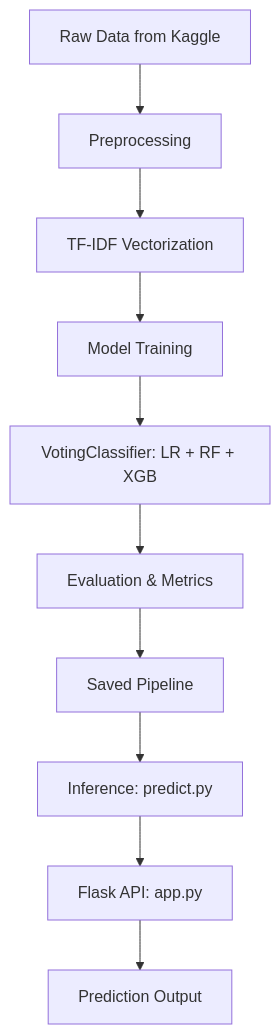
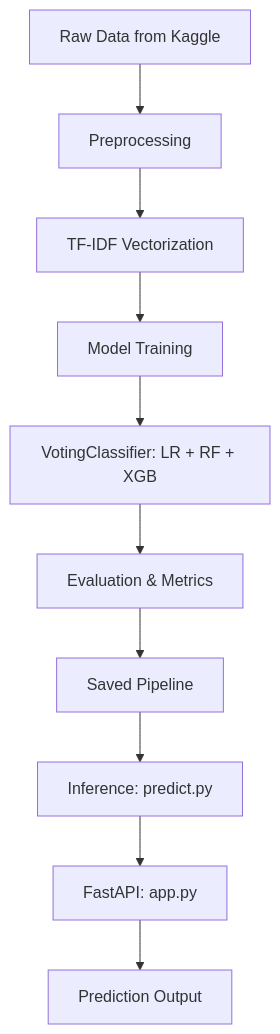
One commit to cont1n3nt/ai-phishing-detector changed the diagram in README.md. Above: the diagram before and after it, drawn with Mermaid. The commit also changed other lines of this file and 11 other files, not shown here.

Commit message:
feat: delete unused, refactor Flask to FastAPI, rewrite tests for FastAPI. Update requirements

````diff
--- a/README.md
+++ b/README.md
@@ -87,12 +85,12 @@
 ```mermaid
 graph TD
     A[Raw Data from Kaggle] --> B[Preprocessing]
     B --> C[TF-IDF Vectorization]
     C --> D[Model Training]
     D --> E[VotingClassifier: LR + RF + XGB]
     E --> F[Evaluation & Metrics]
     F --> G[Saved Pipeline]
     G --> H[Inference: predict.py]
-    H --> I[Flask API: app.py]
+    H --> I[FastAPI: app.py]
     I --> J[Prediction Output]
 ```
````
